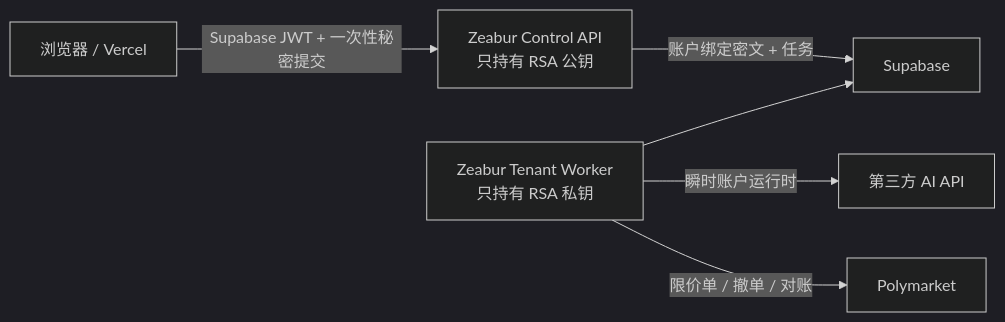
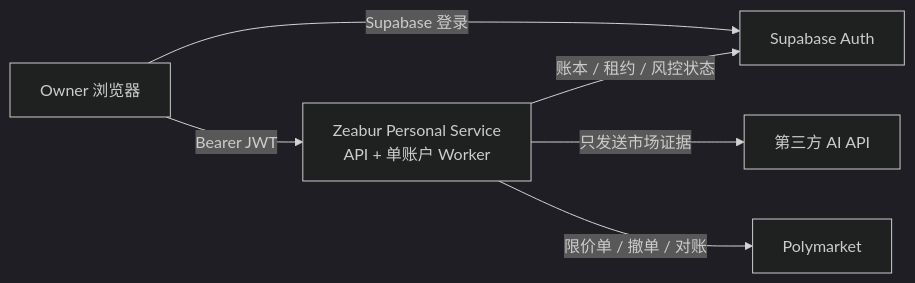
One commit to j051048/poly-flydao changed the diagram in README.md. Above: the diagram before and after it, drawn with Mermaid (dark theme). The commit also changed other lines of this file and 46 other files, not shown here.

````diff
--- a/README.md
+++ b/README.md
@@ -12,8 +11,8 @@
 ```mermaid
 flowchart LR
-  U["浏览器 / Vercel"] -->|"Supabase JWT + 一次性秘密提交"| A["Zeabur Control API<br/>只持有 RSA 公钥"]
-  A -->|"账户绑定密文 + 任务"| D["Supabase"]
-  W["Zeabur Tenant Worker<br/>只持有 RSA 私钥"] --> D
-  W -->|"瞬时账户运行时"| AI["第三方 AI API"]
-  W -->|"限价单 / 撤单 / 对账"| P["Polymarket"]
+  U["Owner 浏览器"] -->|"Supabase 登录"| S["Supabase Auth"]
+  U -->|"Bearer JWT"| Z["Zeabur Personal Service<br/>API + 单账户 Worker"]
+  Z -->|"账本 / 租约 / 风控状态"| S
+  Z -->|"只发送市场证据"| AI["第三方 AI API"]
+  Z -->|"限价单 / 撤单 / 对账"| P["Polymarket"]
 ```
````
